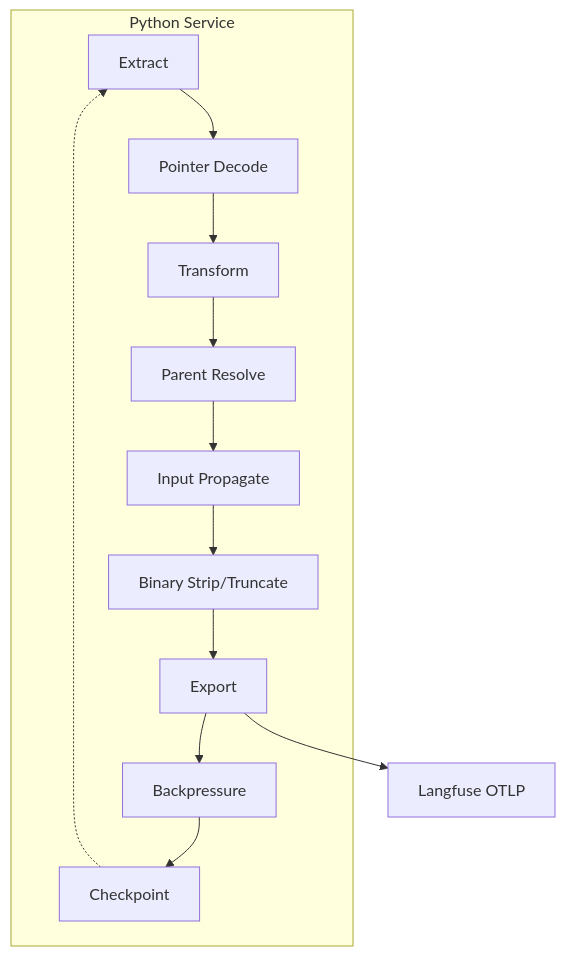
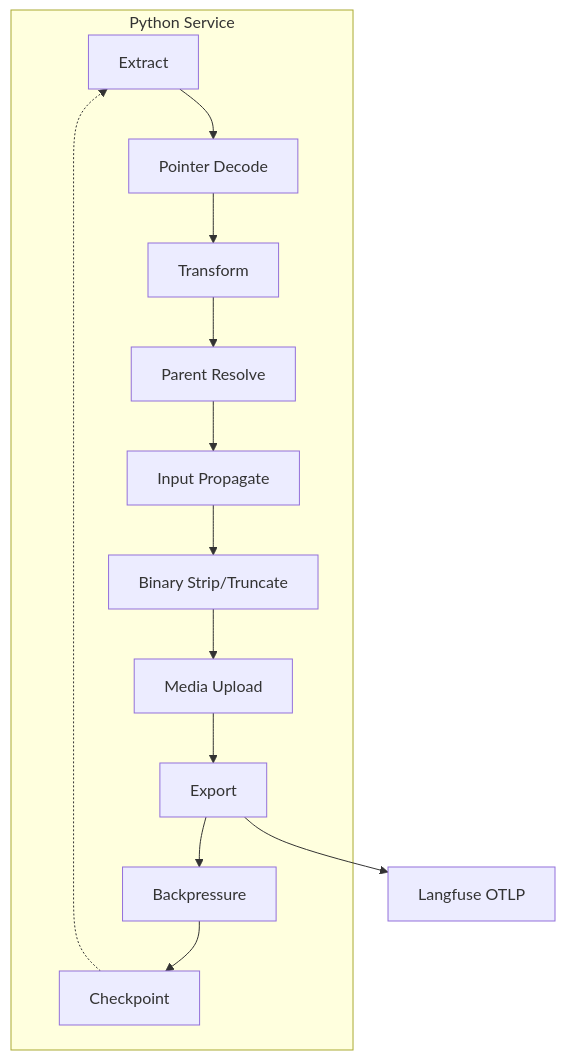
One commit to rwb-truelime/n8n-langfuse-shipper changed the diagram in .github/copilot-instructions.md. Above: the diagram before and after it, drawn with Mermaid. The commit also changed 1 other file, not shown here.

Commit message:
feat: Update documentation to reflect media upload flow in mapping process; clarify Azure Blob upload integration

````diff
--- a/.github/copilot-instructions.md
+++ b/.github/copilot-instructions.md
@@ -52,25 +52,27 @@
 ```mermaid
 graph TD
     %% Simplified (HTML line breaks & special arrows removed for broad Mermaid compatibility)
     subgraph PIPELINE [Python Service]
         A[Extract] --> PD[Pointer Decode]
         PD --> TR[Transform]
         TR --> PR[Parent Resolve]
         PR --> IP[Input Propagate]
         IP --> BS[Binary Strip/Truncate]
-        BS --> EX[Export]
+        BS --> MU[Media Upload]
+        MU --> EX[Export]
         EX --> BP[Backpressure]
         BP --> CK[Checkpoint]
     end
     EX --> LF[Langfuse OTLP]
     CK -.-> A
 
     %% Legend (conceptual only; keep terse for parser):
     %% Pointer Decode = reconstruct runData when compact
     %% Parent Resolve = agent + runtime + graph precedence
     %% Input Propagate = infer child input from parent output
     %% Binary Strip/Truncate = unconditional binary redaction + optional truncation
+    %% Media Upload = optional Azure Blob upload replacing placeholders (feature gated)
     %% Backpressure = flush + sleep controls
     %% Checkpoint = last processed execution id persistence
 
 ```
````
